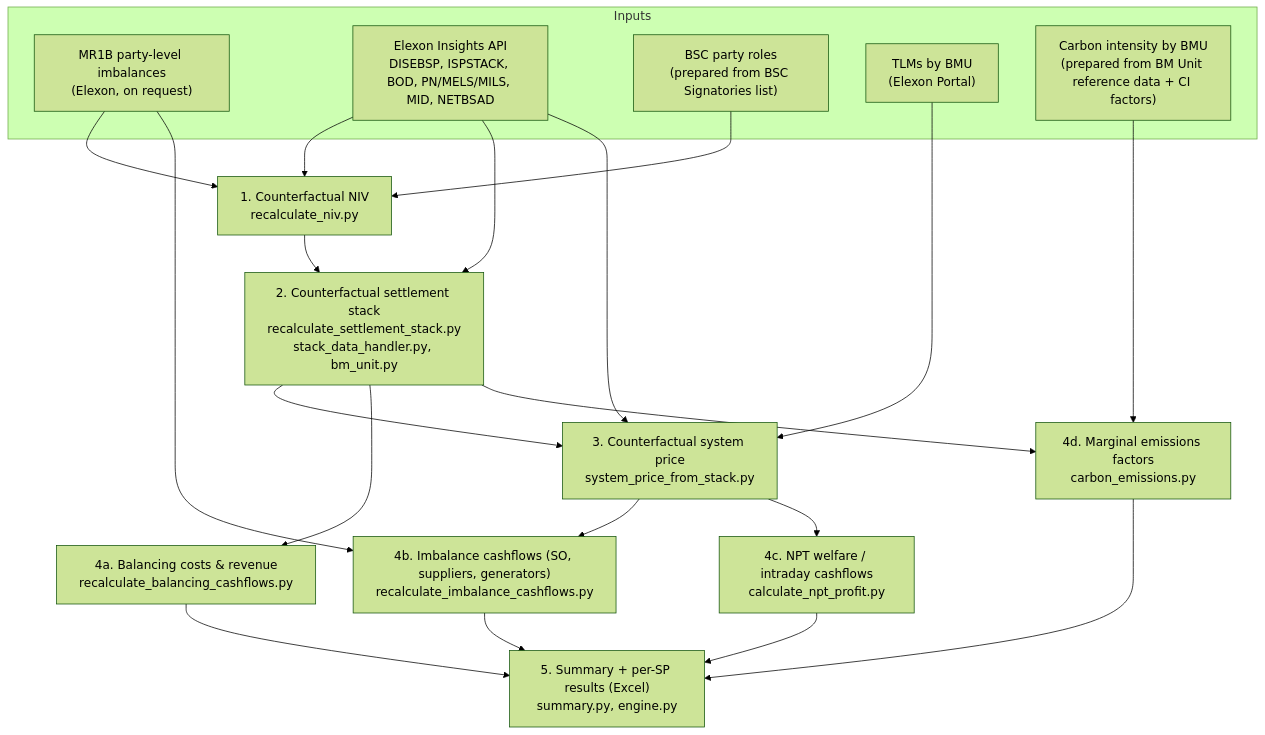
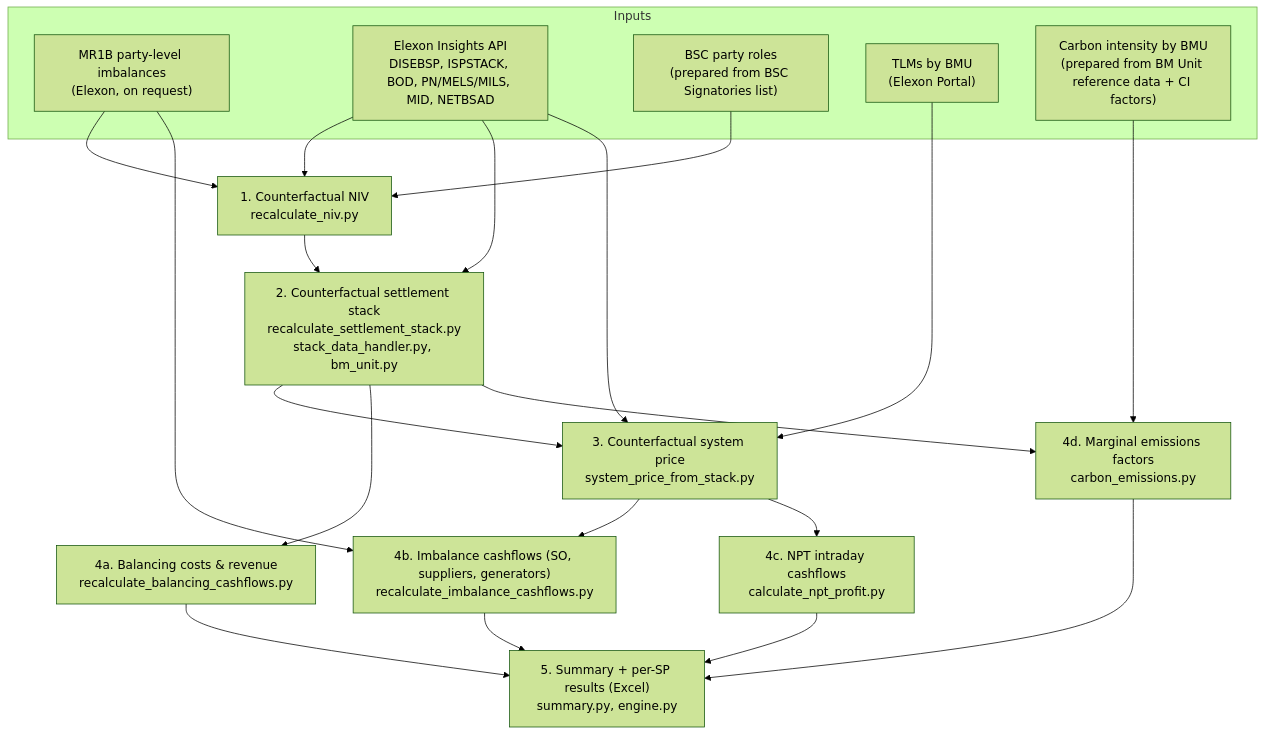
The diagram in REPLICATION.md (PSALOxford/niv-chasing-bm-analysis), drawn with Mermaid (forest theme) before and after one commit. The commit also changed other lines of this file and 10 other files, not shown here.

````diff
--- a/REPLICATION.md
+++ b/REPLICATION.md
@@ -17,26 +15,26 @@
 ```mermaid
 flowchart TD
     subgraph Inputs
       MR1B["MR1B party-level imbalances<br/>(Elexon, on request)"]
       API["Elexon Insights API<br/>DISEBSP, ISPSTACK, BOD, PN/MELS/MILS, MID, NETBSAD"]
       ROLES["BSC party roles<br/>(prepared from BSC Signatories list)"]
       TLM["TLMs by BMU<br/>(Elexon Portal)"]
       CI["Carbon intensity by BMU<br/>(prepared from BM Unit reference data + CI factors)"]
     end
 
     ROLES --> NIV
     MR1B --> NIV["1. Counterfactual NIV<br/>recalculate_niv.py"]
     API --> NIV
     NIV --> STACK["2. Counterfactual settlement stack<br/>recalculate_settlement_stack.py<br/>stack_data_handler.py, bm_unit.py"]
     API --> STACK
     STACK --> SP["3. Counterfactual system price<br/>system_price_from_stack.py"]
     TLM --> SP
     API --> SP
     STACK --> BAL["4a. Balancing costs & revenue<br/>recalculate_balancing_cashflows.py"]
     SP --> IMB["4b. Imbalance cashflows (SO, suppliers, generators)<br/>recalculate_imbalance_cashflows.py"]
     MR1B --> IMB
-    SP --> NPT["4c. NPT welfare / intraday cashflows<br/>calculate_npt_profit.py"]
+    SP --> NPT["4c. NPT intraday cashflows<br/>calculate_npt_profit.py"]
     STACK --> MEF["4d. Marginal emissions factors<br/>carbon_emissions.py"]
     CI --> MEF
     BAL & IMB & NPT & MEF --> OUT["5. Summary + per-SP results (Excel)<br/>summary.py, engine.py"]
 ```
````
